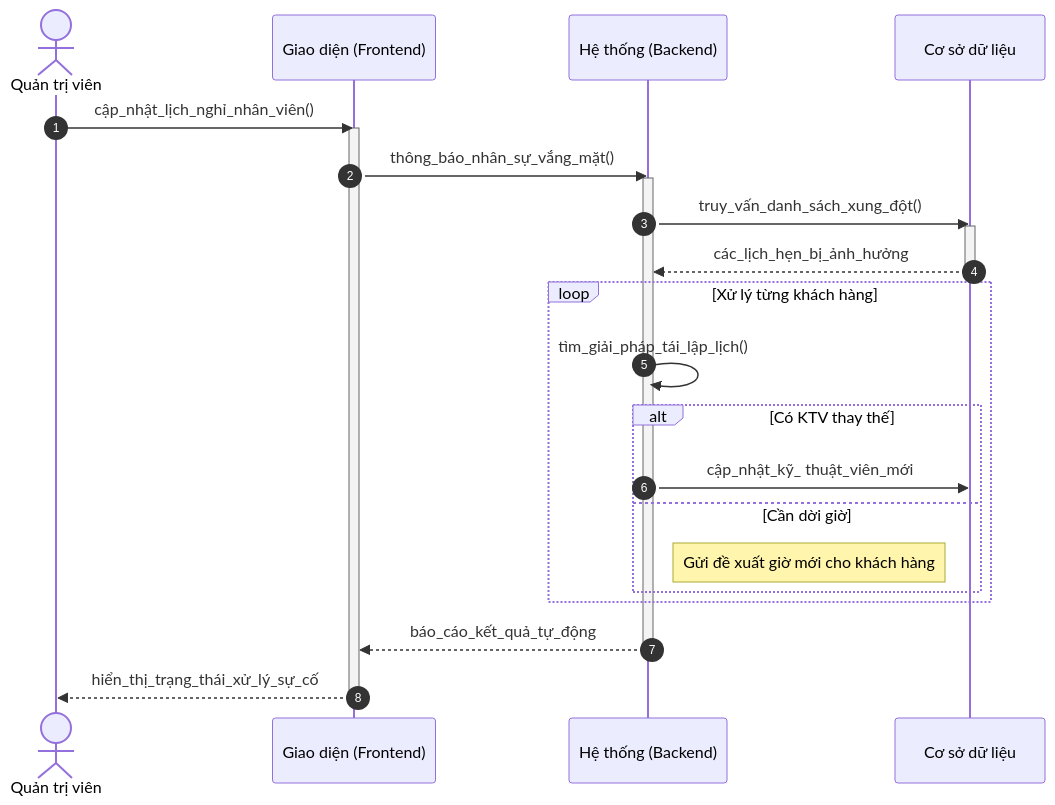
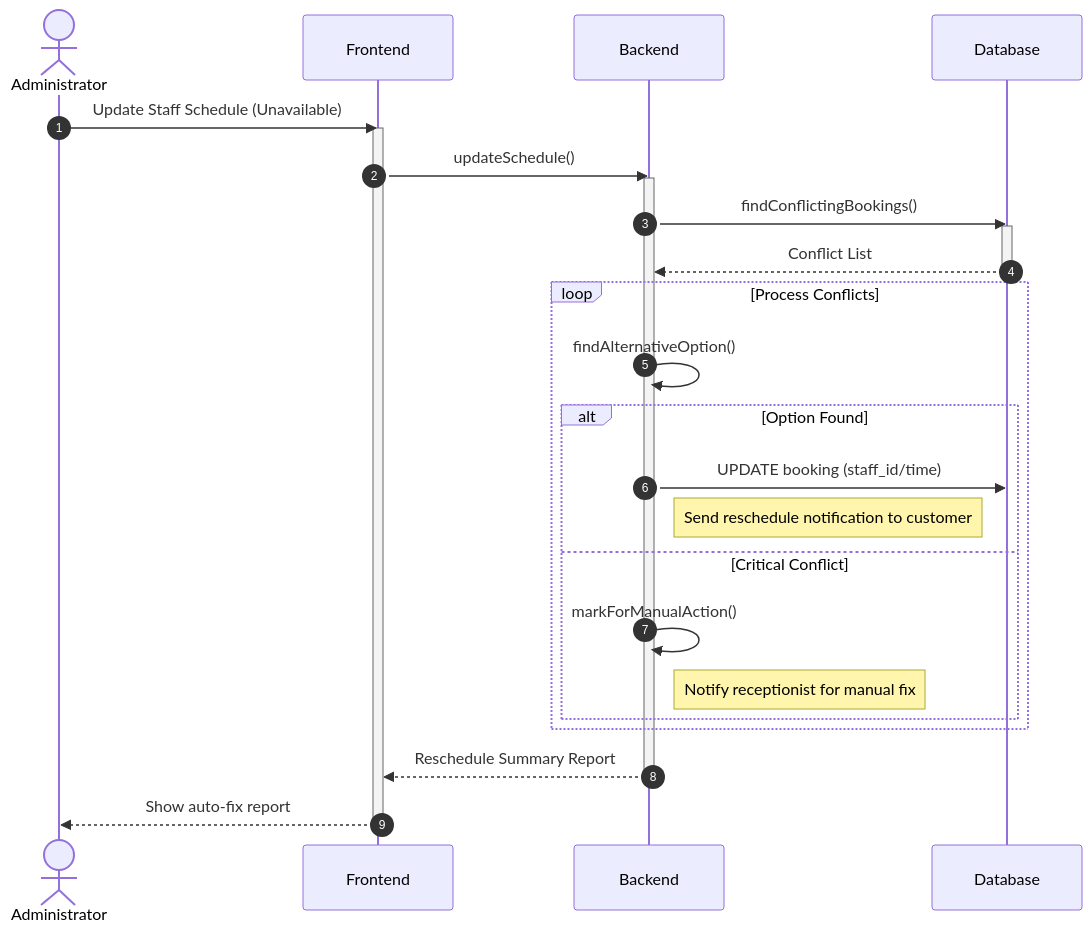
Before and after one commit to ngoctinn/Synapse: the sixth of 6 diagrams in docs/design/sequences_simplified/receptionist_flows.md, drawn with Mermaid. The commit also changed other lines of this file and 4 other files, not shown here.

Commit message:
feat: add simplified sequence diagrams for authentication and core user flows.

````diff
--- a/docs/design/sequences_simplified/receptionist_flows.md
+++ b/docs/design/sequences_simplified/receptionist_flows.md
@@ -72,32 +168,34 @@
 ```mermaid
 sequenceDiagram
     autonumber
-    actor QTV as Quản trị viên
-    participant FE as Giao diện (Frontend)
-    participant BE as Hệ thống (Backend)
-    participant DB as Cơ sở dữ liệu
+    actor Admin as Administrator
+    participant FE as Frontend
+    participant BE as Backend
+    participant DB as Database
 
-    QTV->>FE: cập_nhật_lịch_nghỉ_nhân_viên()
+    Admin->>FE: Update Staff Schedule (Unavailable)
     activate FE
-    FE->>BE: thông_báo_nhân_sự_vắng_mặt()
+    FE->>BE: updateSchedule()
     activate BE
 
-    BE->>DB: truy_vấn_danh_sách_xung_đột()
+    BE->>DB: findConflictingBookings()
     activate DB
-    DB-->>BE: các_lịch_hẹn_bị_ảnh_hưởng
+    DB-->>BE: Conflict List
     deactivate DB
 
-    loop Xử lý từng khách hàng
-        BE->>BE: tìm_giải_pháp_tái_lập_lịch()
-        alt Có KTV thay thế
-            BE->>DB: cập_nhật_kỹ_ thuật_viên_mới
-        else Cần dời giờ
-            Note right of BE: Gửi đề xuất giờ mới cho khách hàng
+    loop Process Conflicts
+        BE->>BE: findAlternativeOption()
+        alt Option Found
+            BE->>DB: UPDATE booking (staff_id/time)
+            Note right of BE: Send reschedule notification to customer
+        else Critical Conflict
+            BE->>BE: markForManualAction()
+            Note right of BE: Notify receptionist for manual fix
         end
     end
 
-    BE-->>FE: báo_cáo_kết_quả_tự_động
+    BE-->>FE: Reschedule Summary Report
     deactivate BE
-    FE-->>QTV: hiển_thị_trạng_thái_xử_lý_sự_cố
+    FE-->>Admin: Show auto-fix report
     deactivate FE
 ```
````
